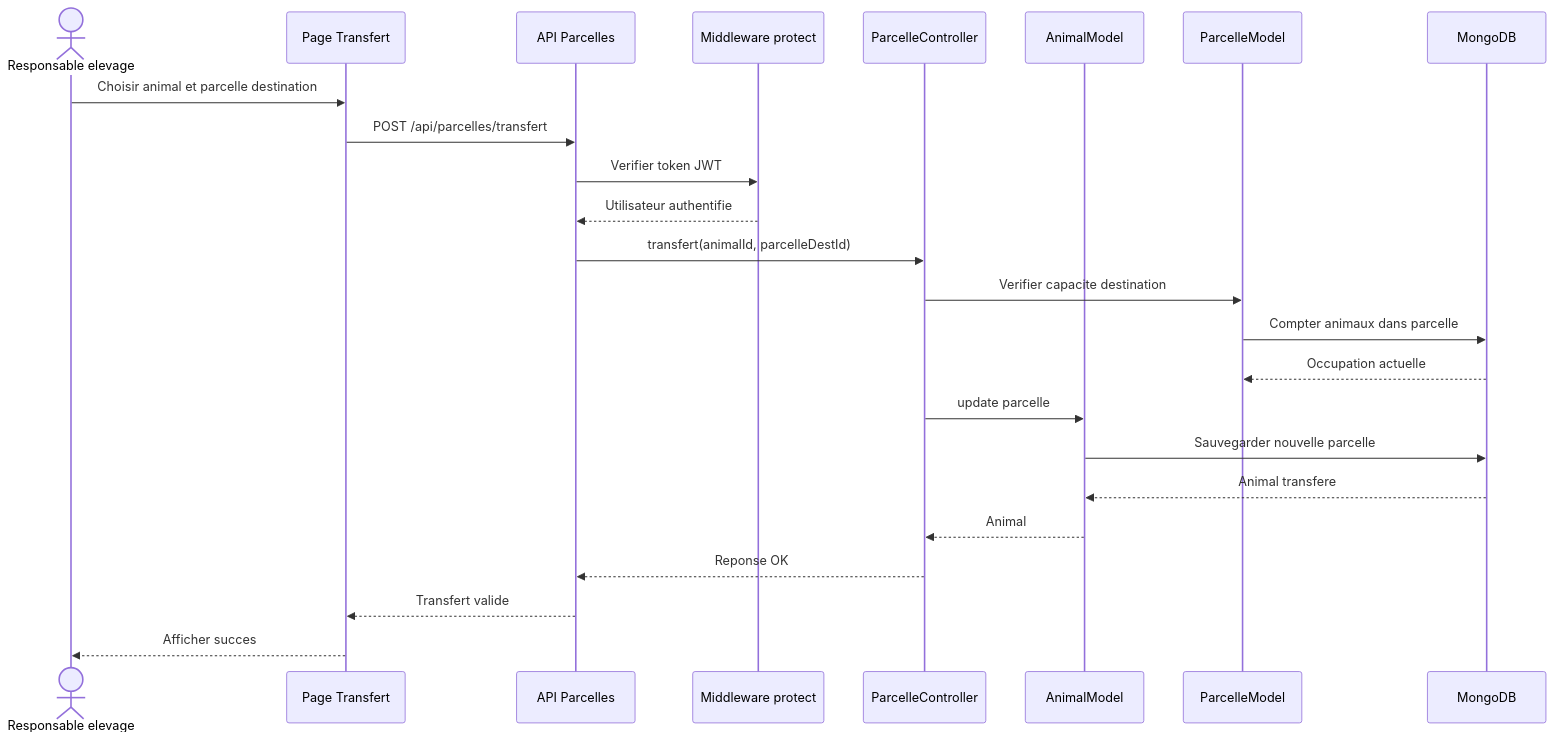
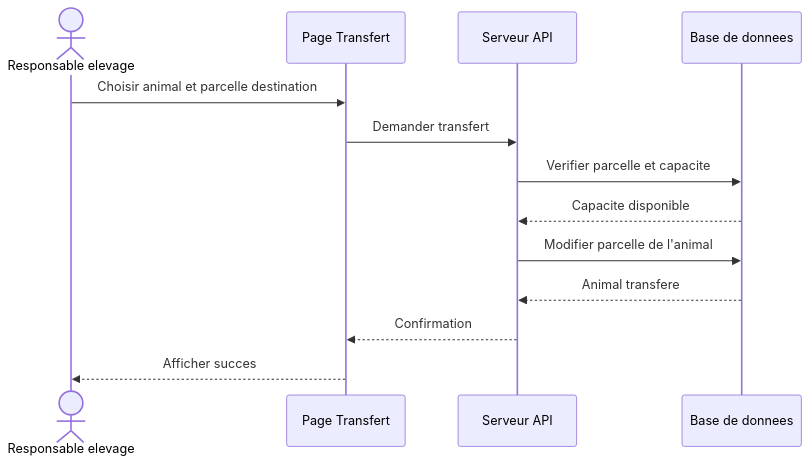
One commit to Youness-Ailal/bovins_cmc changed the diagram in tasks/safouane/sequence-transfer-parcelle.md. Above: the diagram before and after it, drawn with Mermaid. The commit also changed 14 other files, not shown here.

````diff
--- a/tasks/safouane/sequence-transfer-parcelle.md
+++ b/tasks/safouane/sequence-transfer-parcelle.md
@@ -3,27 +3,16 @@
 ```mermaid
 sequenceDiagram
     actor Responsable as Responsable elevage
-    participant Frontend as Page Transfert
-    participant API as API Parcelles
-    participant Middleware as Middleware protect
-    participant Controller as ParcelleController
-    participant Animal as AnimalModel
-    participant Parcelle as ParcelleModel
-    participant DB as MongoDB
+    participant Interface as Page Transfert
+    participant Serveur as Serveur API
+    participant DB as Base de donnees
 
-    Responsable->>Frontend: Choisir animal et parcelle destination
-    Frontend->>API: POST /api/parcelles/transfert
-    API->>Middleware: Verifier token JWT
-    Middleware-->>API: Utilisateur authentifie
-    API->>Controller: transfert(animalId, parcelleDestId)
-    Controller->>Parcelle: Verifier capacite destination
-    Parcelle->>DB: Compter animaux dans parcelle
-    DB-->>Parcelle: Occupation actuelle
-    Controller->>Animal: update parcelle
-    Animal->>DB: Sauvegarder nouvelle parcelle
-    DB-->>Animal: Animal transfere
-    Animal-->>Controller: Animal
-    Controller-->>API: Reponse OK
-    API-->>Frontend: Transfert valide
-    Frontend-->>Responsable: Afficher succes
+    Responsable->>Interface: Choisir animal et parcelle destination
+    Interface->>Serveur: Demander transfert
+    Serveur->>DB: Verifier parcelle et capacite
+    DB-->>Serveur: Capacite disponible
+    Serveur->>DB: Modifier parcelle de l'animal
+    DB-->>Serveur: Animal transfere
+    Serveur-->>Interface: Confirmation
+    Interface-->>Responsable: Afficher succes
 ```
````
